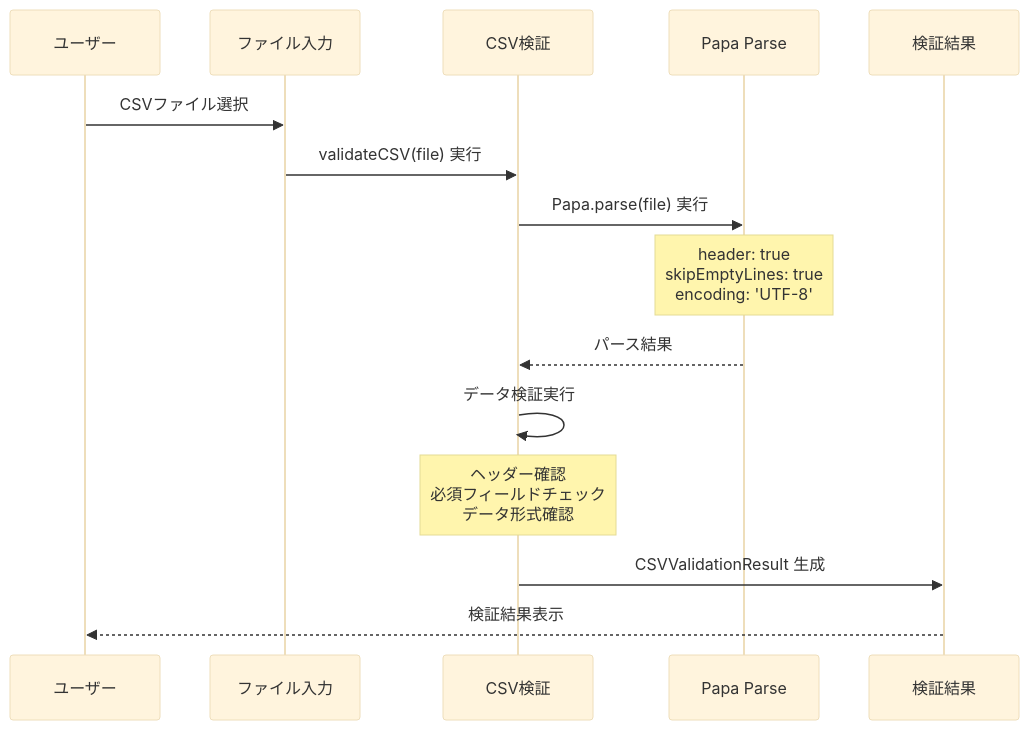
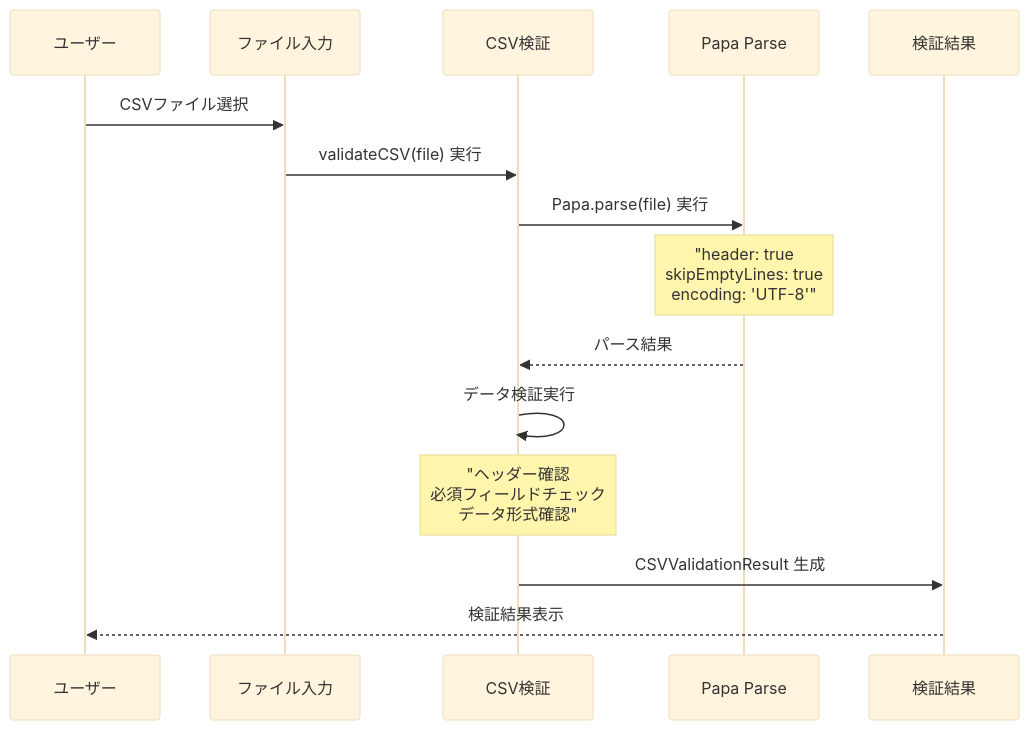
The second of 11 diagrams in document/components/sequence/Modal.md (wasabi49/ocs-systemDevelopmentExercises), drawn with Mermaid (base theme) before and after one commit. The commit also changed other lines of this file and 42 other files, not shown here.

First line of the commit message:
fix: mermaidシーケンス図のNote over文でダブルクォーテーション不足を修正

````diff
--- a/document/components/sequence/Modal.md
+++ b/document/components/sequence/Modal.md
@@ -25,21 +25,21 @@
 ```mermaid
 sequenceDiagram
     participant User as ユーザー
     participant FileInput as ファイル入力
     participant Validation as CSV検証
     participant PapaParse as Papa Parse
     participant Result as 検証結果
 
     User->>FileInput: CSVファイル選択
     FileInput->>Validation: validateCSV(file) 実行
     
     Validation->>PapaParse: Papa.parse(file) 実行
-    Note over PapaParse: header: true<br/>skipEmptyLines: true<br/>encoding: 'UTF-8'
+    Note over PapaParse: "header: true<br/>skipEmptyLines: true<br/>encoding: 'UTF-8'"
     
     PapaParse-->>Validation: パース結果
     Validation->>Validation: データ検証実行
-    Note over Validation: ヘッダー確認<br/>必須フィールドチェック<br/>データ形式確認
+    Note over Validation: "ヘッダー確認<br/>必須フィールドチェック<br/>データ形式確認"
     
     Validation->>Result: CSVValidationResult 生成
     Result-->>User: 検証結果表示
 ```
````
